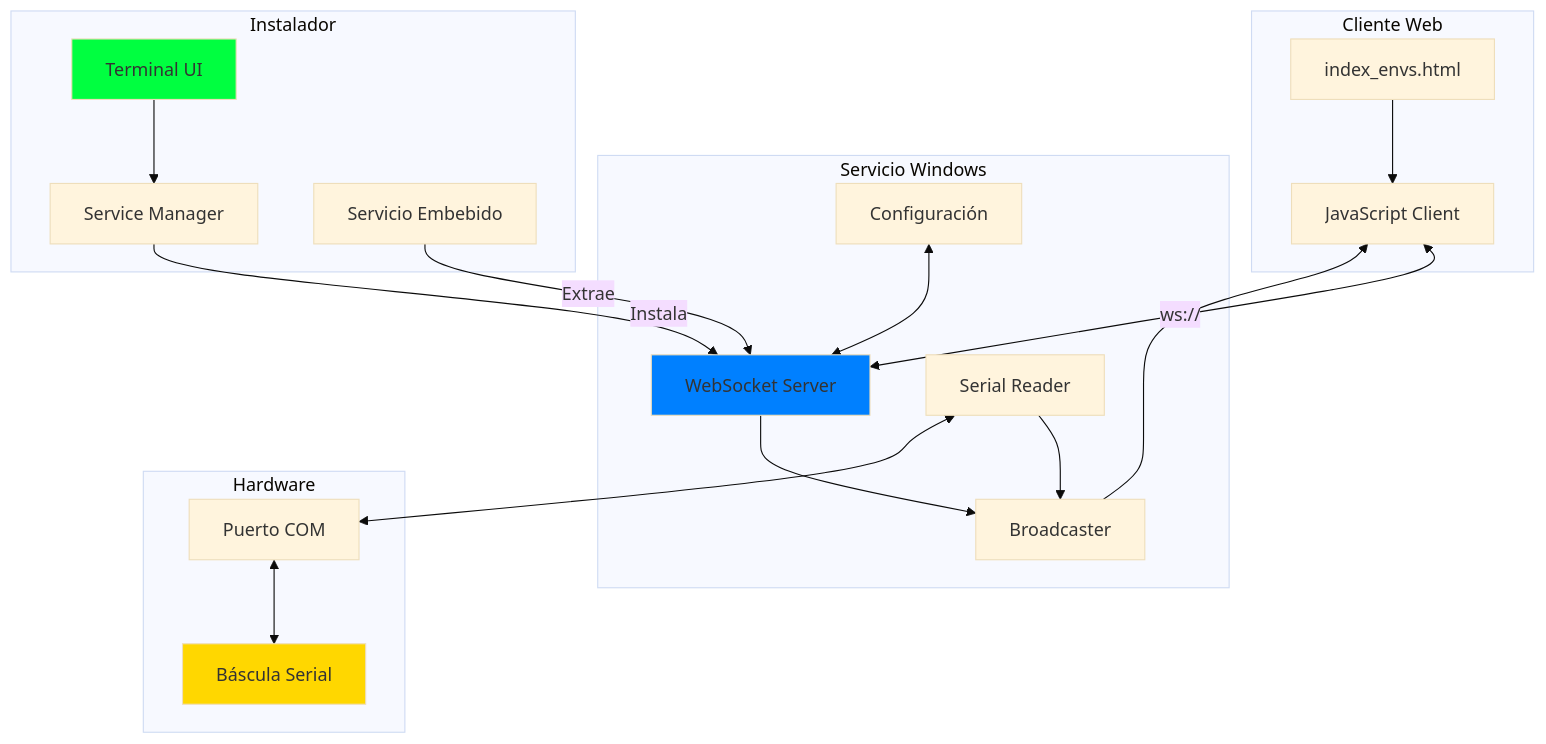
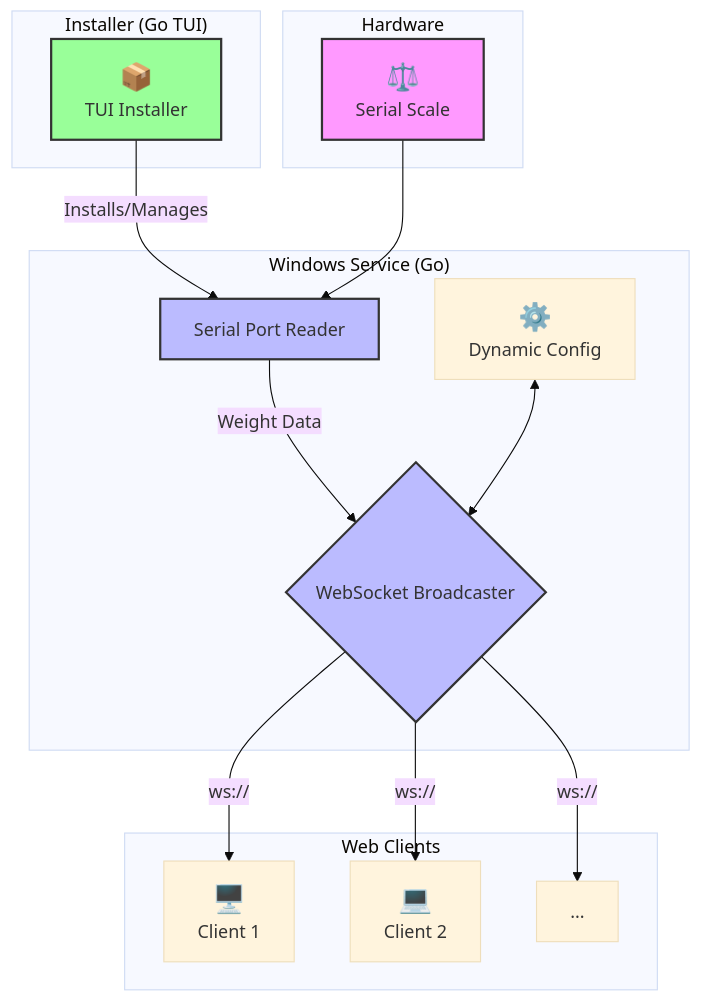
One commit to adcondev/scale-daemon changed the diagram in README.md. Above: the diagram before and after it, drawn with Mermaid (base theme). The commit also changed other lines of this file, not shown here.

`````diff
--- a/README.md
+++ b/README.md
@@ -59,40 +43,31 @@
-````mermaid
-graph TB
-    subgraph "Cliente Web"
-        HTML[index_envs.html]
-        JS[JavaScript Client]
+```mermaid
+graph TD
+    subgraph "Hardware"
+        Scale[<font size=5>⚖️</font><br>Serial Scale]
     end
 
-    subgraph "Servicio Windows"
-        WS[WebSocket Server]
-        SERIAL[Serial Reader]
-        CONFIG[Configuración]
-        BROADCAST[Broadcaster]
+    subgraph "Windows Service (Go)"
+        A[Serial Port Reader] -->|Weight Data| B{WebSocket Broadcaster}
+        C[<font size=5>⚙️</font><br>Dynamic Config] <--> B
     end
 
-    subgraph "Hardware"
-        BASCULA[Báscula Serial]
-        COM[Puerto COM]
+    subgraph "Web Clients"
+        D[<font size=5>🖥️</font><br>Client 1]
+        E[<font size=5>💻</font><br>Client 2]
+        F[...]
     end
 
-    subgraph "Instalador"
-        TUI[Terminal UI]
-        MANAGER[Service Manager]
-        EMBEDDED[Servicio Embebido]
+    subgraph "Installer (Go TUI)"
+        Installer[<font size=5>📦</font><br>TUI Installer] -->|Installs/Manages| A
     end
 
-    HTML --> JS
-    JS <-->|ws://| WS
-    WS --> BROADCAST
-    SERIAL --> BROADCAST
-    BROADCAST --> JS
-    CONFIG <--> WS
-    SERIAL <--> COM
-    COM <--> BASCULA
-    TUI --> MANAGER
-    MANAGER -->|Instala| WS
-    EMBEDDED -->|Extrae| WS
-    style WS fill: #0080FF
-    style TUI fill: #00FF40
-    style BASCULA fill: #FFD700
-````
+    Scale --> A
+    B -- ws:// --> D
+    B -- ws:// --> E
+    B -- ws:// --> F
+
+    style Scale fill:#f9f,stroke:#333,stroke-width:2px
+    style A fill:#bbf,stroke:#333,stroke-width:2px
+    style B fill:#bbf,stroke:#333,stroke-width:2px
+    style Installer fill:#9f9,stroke:#333,stroke-width:2px
+```
`````
